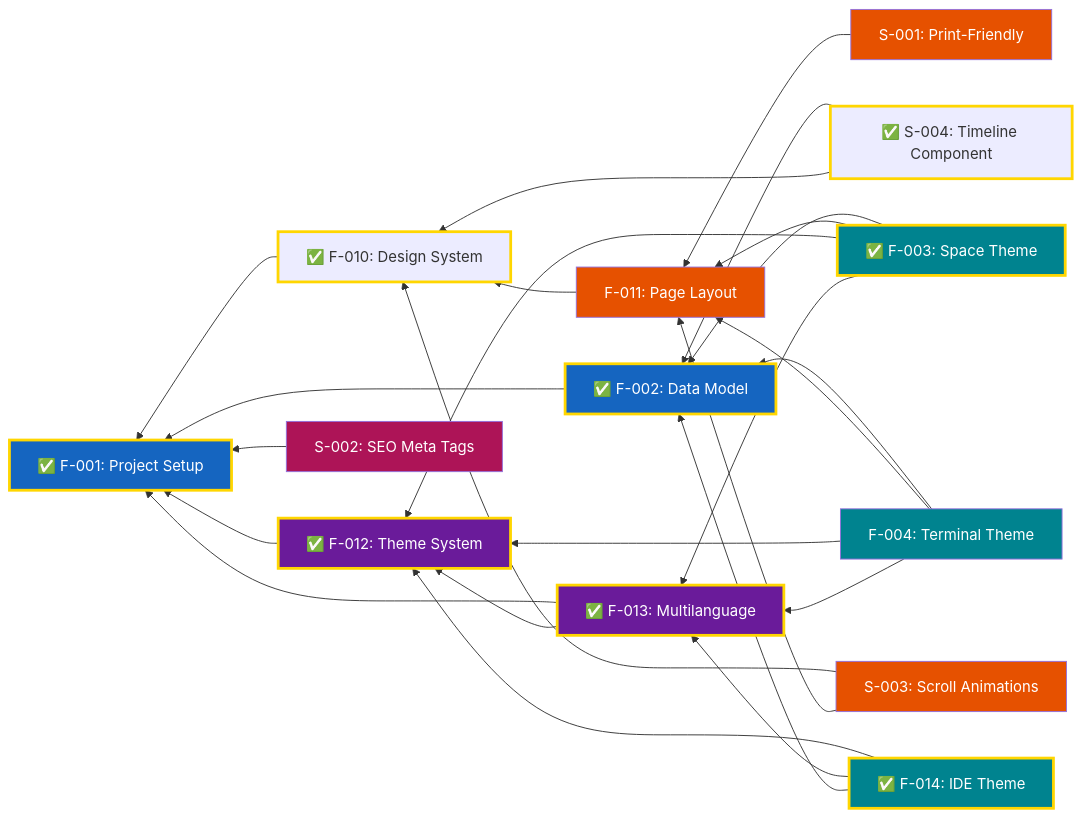
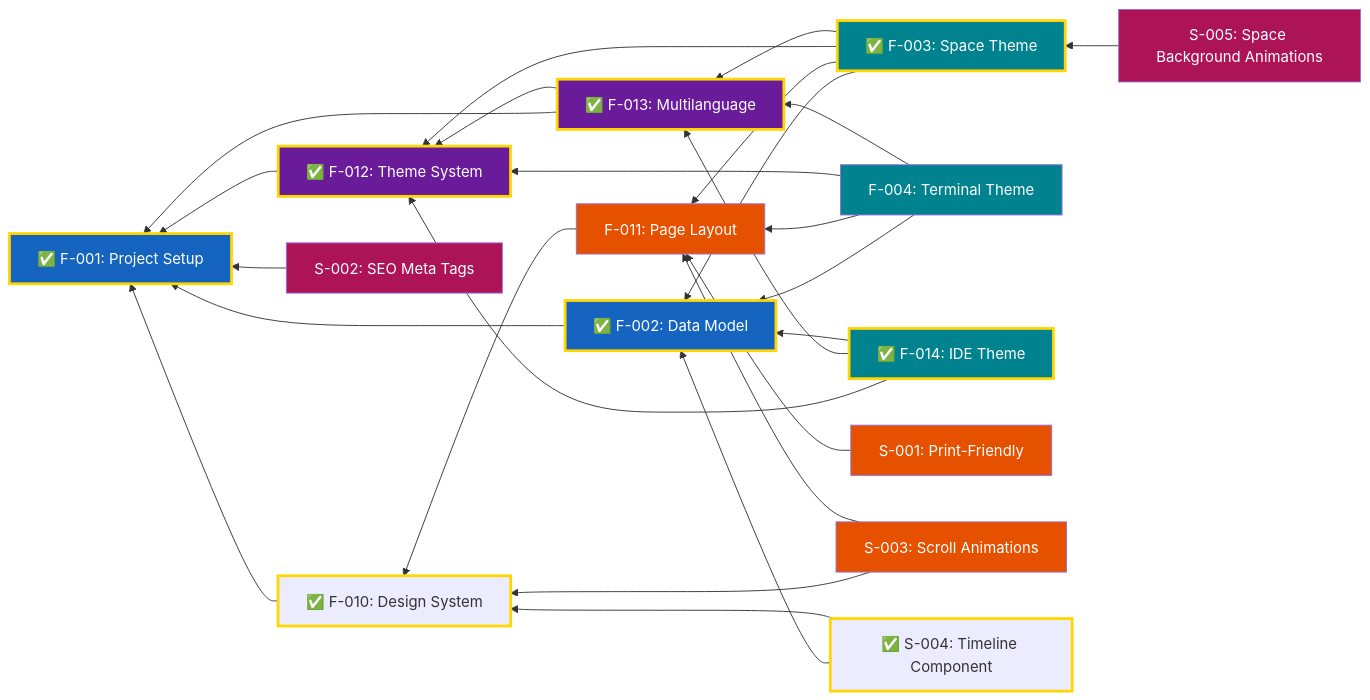
Before and after one commit to garcipat/cv-website: the diagram in docs/Features.md, drawn with Mermaid. The commit also changed other lines of this file and 1 other file, not shown here.

Commit message:
feat(S-005): add space background animations feature and design spec

````diff
--- a/docs/Features.md
+++ b/docs/Features.md
@@ -66,61 +69,63 @@
 ```mermaid
 graph RL
     F001["✅ F-001: Project Setup"]
     F002["✅ F-002: Data Model"]
     F003["✅ F-003: Space Theme"]
     F004["F-004: Terminal Theme"]
     F010["✅ F-010: Design System"]
     F011["F-011: Page Layout"]
     F012["✅ F-012: Theme System"]
     F013["✅ F-013: Multilanguage"]
     F014["✅ F-014: IDE Theme"]
     S001["S-001: Print-Friendly"]
     S002["S-002: SEO Meta Tags"]
     S003["S-003: Scroll Animations"]
     S004["✅ S-004: Timeline Component"]
+    S005["S-005: Space Background Animations"]
 
     F003 --> F002
     F003 --> F011
     F003 --> F012
     F003 --> F013
     F004 --> F002
     F004 --> F011
     F004 --> F012
     F004 --> F013
     F002 --> F001
     F010 --> F001
     F011 --> F010
     F012 --> F001
     F013 --> F001
     F013 --> F012
     F014 --> F012
     F014 --> F013
     F014 --> F002
     S001 --> F011
     S002 --> F001
     S003 --> F010
     S003 --> F011
     S004 --> F002
     S004 --> F010
+    S005 --> F003
 
     classDef done stroke:#FFD600,stroke-width:3px
     classDef projectSetup fill:#1565C0,color:#ffffff
     classDef layoutNavigation fill:#E65100,color:#ffffff
     classDef themeInfrastructure fill:#6A1B9A,color:#ffffff
     classDef themes fill:#00838F,color:#ffffff
     classDef enhancements fill:#AD1457,color:#ffffff
 
     class F001 done
     class F002 done
     class F001,F002 projectSetup
     class F010 done
     class F012 done
     class F013 done
     class F003 done
     class F003,F004,F014 themes
     class F011,S001,S003 layoutNavigation
     class F012,F013 themeInfrastructure
     class F014 done
     class S004 done
-    class S002 enhancements
+    class S002,S005 enhancements
 ```
````
